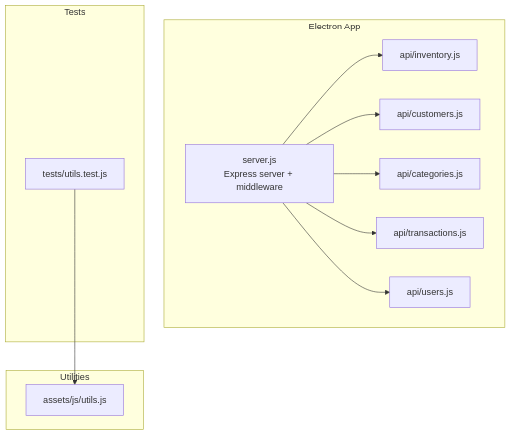
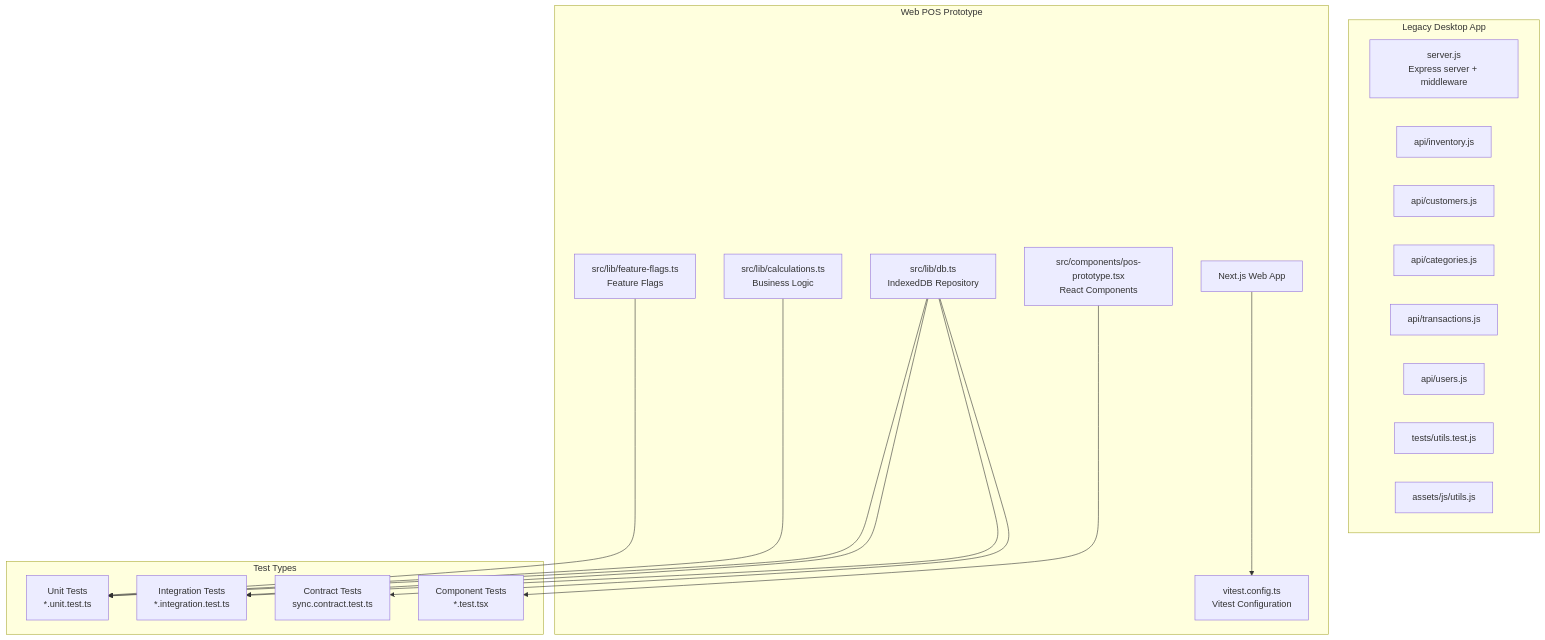
The first of 4 diagrams in .qoder/repowiki/en/content/Testing Strategy.md (yosefdc7/PharmaPOS), drawn with Mermaid before and after one commit. The commit also changed other lines of this file and 28 other files, not shown here.

````diff
--- a/.qoder/repowiki/en/content/Testing Strategy.md
+++ b/.qoder/repowiki/en/content/Testing Strategy.md
@@ -37,23 +61,35 @@
 ```mermaid
 graph TB
-subgraph "Electron App"
+subgraph "Legacy Desktop App"
 S["server.js<br/>Express server + middleware"]
 INV["api/inventory.js"]
 CUST["api/customers.js"]
 CAT["api/categories.js"]
 TX["api/transactions.js"]
 USR["api/users.js"]
-end
-subgraph "Tests"
 TUTIL["tests/utils.test.js"]
-end
-subgraph "Utilities"
 UTL["assets/js/utils.js"]
 end
-S --> INV
-S --> CUST
-S --> CAT
-S --> TX
-S --> USR
-TUTIL --> UTL
+subgraph "Web POS Prototype"
+WP["Next.js Web App"]
+VT["vitest.config.ts<br/>Vitest Configuration"]
+DB["src/lib/db.ts<br/>IndexedDB Repository"]
+CALC["src/lib/calculations.ts<br/>Business Logic"]
+FF["src/lib/feature-flags.ts<br/>Feature Flags"]
+COMP["src/components/pos-prototype.tsx<br/>React Components"]
+end
+subgraph "Test Types"
+UNIT["Unit Tests<br/>*.unit.test.ts"]
+INTEG["Integration Tests<br/>*.integration.test.ts"]
+CONTRACT["Contract Tests<br/>sync.contract.test.ts"]
+COMPONENT["Component Tests<br/>*.test.tsx"]
+end
+WP --> VT
+DB --> UNIT
+CALC --> UNIT
+FF --> UNIT
+COMP --> COMPONENT
+DB --> INTEG
+DB --> CONTRACT
+DB --> INTEG
 ```
````
